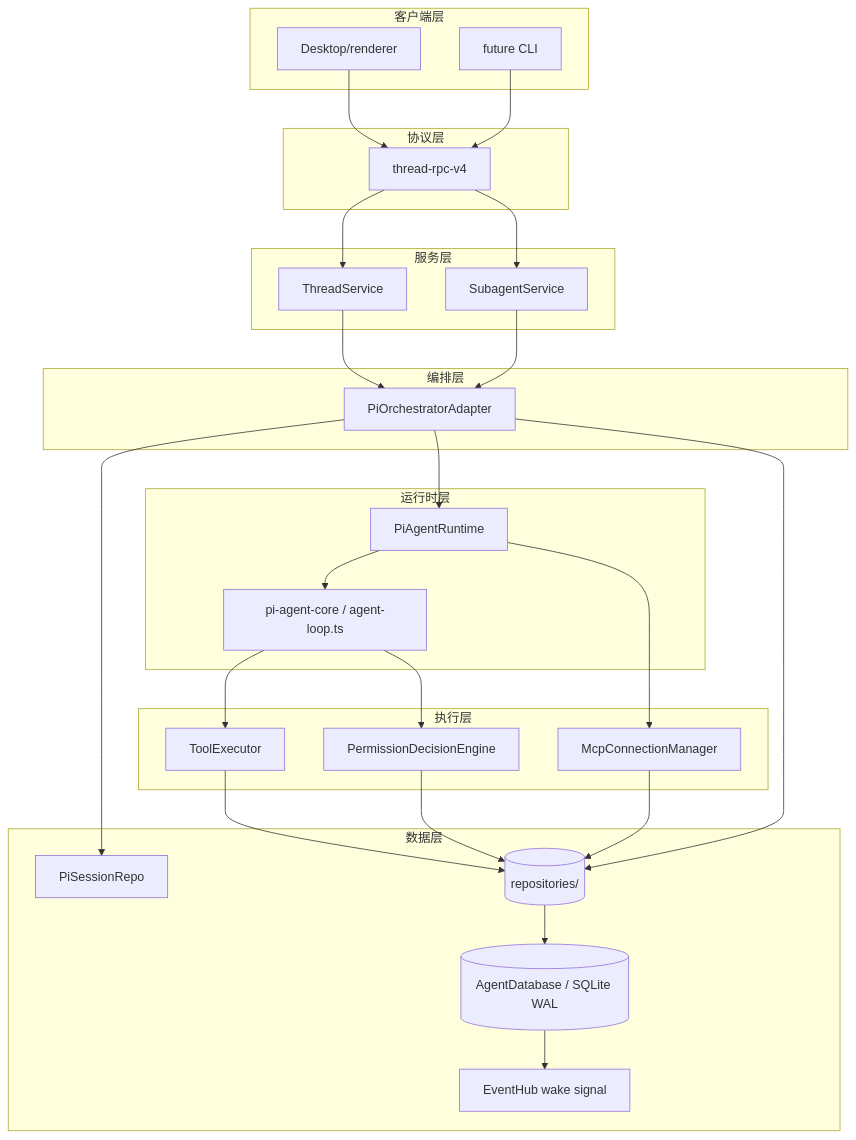
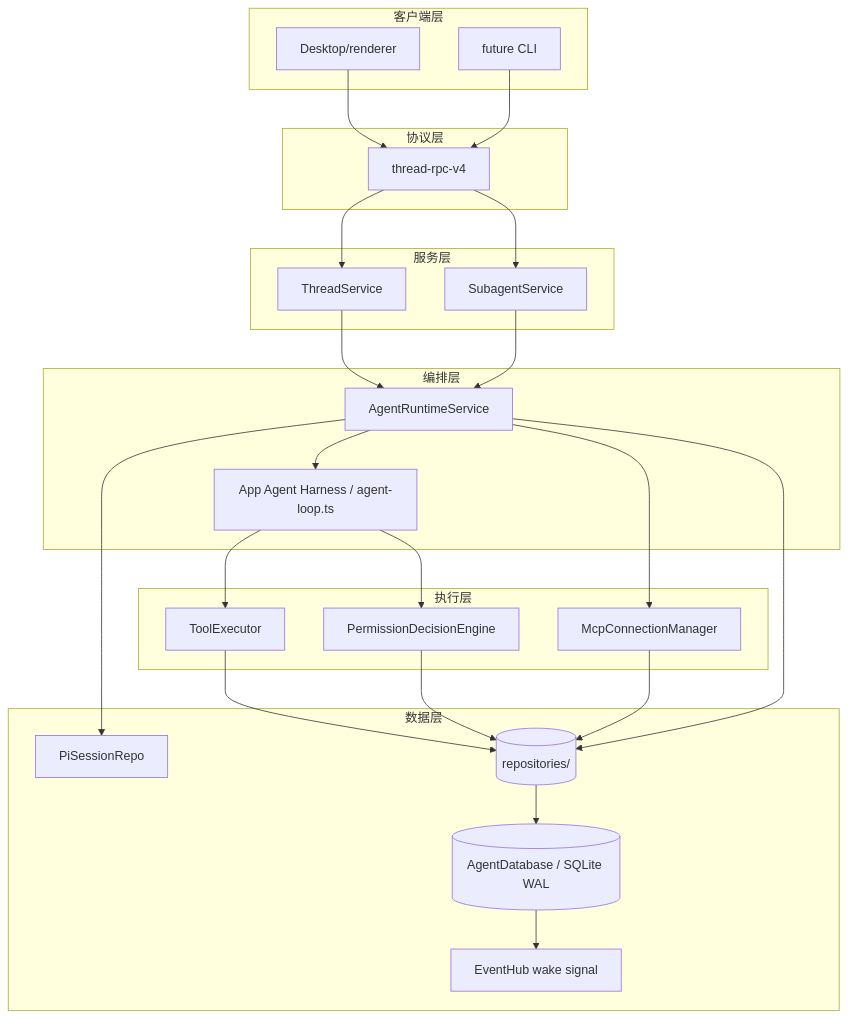
Before and after one commit to codepilotx-dev/CodePilotX: the second of 2 diagrams in docs/research/codex-harness-agent-optimization-report.md, drawn with Mermaid. The commit also changed other lines of this file and 5 other files, not shown here.

Commit message:
docs(agent)：更新 Harness 内部维护与许可证说明

````diff
--- a/docs/research/codex-harness-agent-optimization-report.md
+++ b/docs/research/codex-harness-agent-optimization-report.md
@@ -132,54 +130,49 @@
 ```mermaid
 graph TB
     subgraph "客户端层"
         D[Desktop/renderer]
         CLI[future CLI]
     end
 
     subgraph "协议层"
         RPC[thread-rpc-v4]
     end
 
     subgraph "服务层"
         TS[ThreadService]
         SAS[SubagentService]
     end
 
     subgraph "编排层"
-        POA[PiOrchestratorAdapter]
-    end
-
-    subgraph "运行时层"
-        PAR[PiAgentRuntime]
-        CORE[pi-agent-core / agent-loop.ts]
+        RT[AgentRuntimeService]
+        CORE[App Agent Harness / agent-loop.ts]
     end
 
     subgraph "执行层"
         TED[ToolExecutor]
         PDE[PermissionDecisionEngine]
         MCPM[McpConnectionManager]
     end
 
     subgraph "数据层"
         DB[(AgentDatabase / SQLite WAL)]
         EVT[EventHub wake signal]
         PRC[PiSessionRepo]
         REP[(repositories/)]
     end
 
     D & CLI --> RPC
     RPC --> TS
     RPC --> SAS
-    TS & SAS --> POA
-    POA --> PAR
-    PAR --> CORE
+    TS & SAS --> RT
+    RT --> CORE
     CORE --> TED
     CORE --> PDE
-    PAR --> MCPM
+    RT --> MCPM
     TED & PDE --> REP
     MCPM --> REP
-    POA --> PRC
-    POA --> REP
+    RT --> PRC
+    RT --> REP
     REP --> DB
     DB --> EVT
 ```
````
